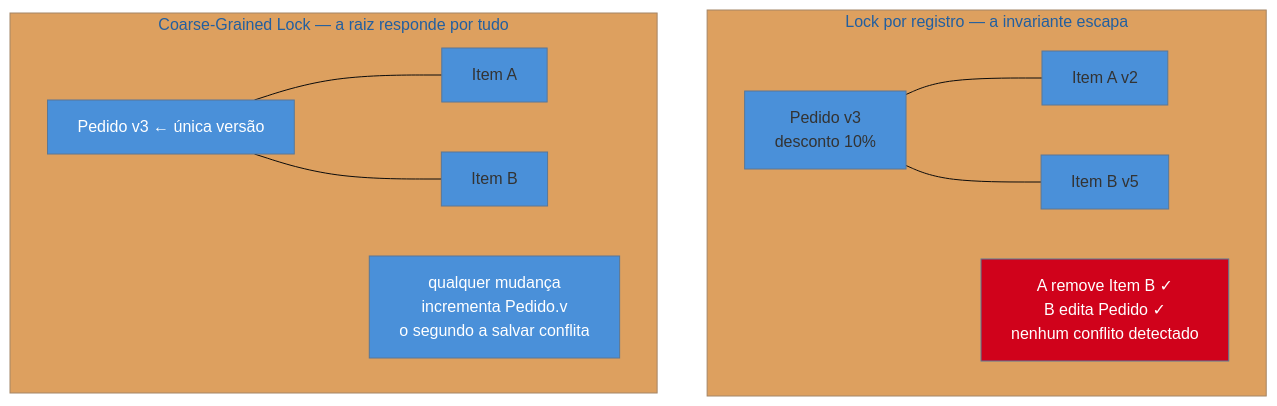
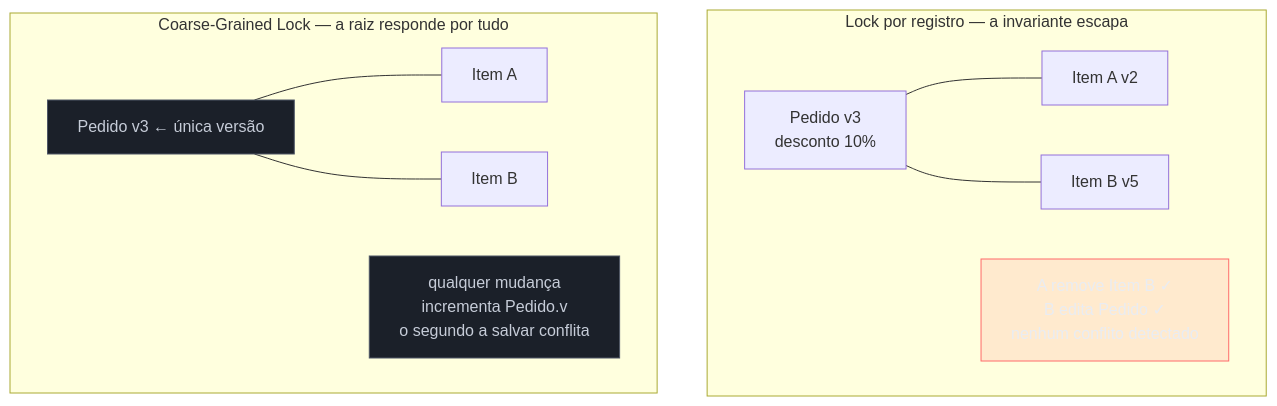
The diagram in 03-Dominios/Engenharia/Design de Software/Padrões de Projeto/Aplicação Corporativa/10 - Coarse-Grained Lock.md (josenaldo/codex-technomanticus), drawn with Mermaid before and after one commit. The commit also changed 1181 other files, not shown here.

First line of the commit message:
fix(diagramas): paleta do sistema no lugar de cor cravada no markdown

````diff
--- a/03-Dominios/Engenharia/Design de Software/Padrões de Projeto/Aplicação Corporativa/10 - Coarse-Grained Lock.md
+++ b/03-Dominios/Engenharia/Design de Software/Padrões de Projeto/Aplicação Corporativa/10 - Coarse-Grained Lock.md
@@ -49,19 +49,20 @@
 ```mermaid
-%%{init: {"theme": "base", "themeVariables": {"primaryColor": "#4A90D9"}}}%%
 graph TD
+    classDef falha fill:#FF6B6B24,stroke:#FF6B6B,color:#E9ECF2
+    classDef neutro fill:#1B2029,stroke:#4E5666,color:#C6CCD8
     subgraph FINO["Lock por registro — a invariante escapa"]
         P1["Pedido v3<br/>desconto 10%"] --- I1["Item A v2"]
         P1 --- I2["Item B v5"]
         N1["A remove Item B ✓<br/>B edita Pedido ✓<br/>nenhum conflito detectado"]
     end
 
     subgraph GROSSO["Coarse-Grained Lock — a raiz responde por tudo"]
         P2["Pedido v3 ← única versão"] --- J1["Item A"]
         P2 --- J2["Item B"]
         N2["qualquer mudança<br/>incrementa Pedido.v<br/>o segundo a salvar conflita"]
     end
 
-    style N1 fill:#D0021B,color:#fff
-    style P2 fill:#4A90D9,color:#fff
-    style N2 fill:#4A90D9,color:#fff
+    class N1 falha
+    class P2 neutro
+    class N2 neutro
 ```
````
